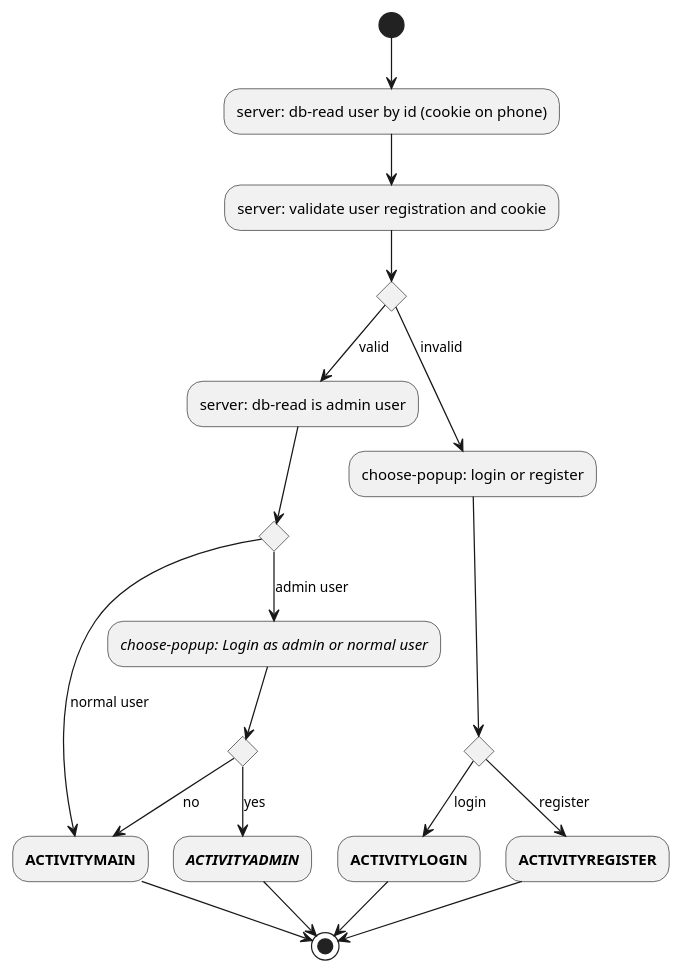
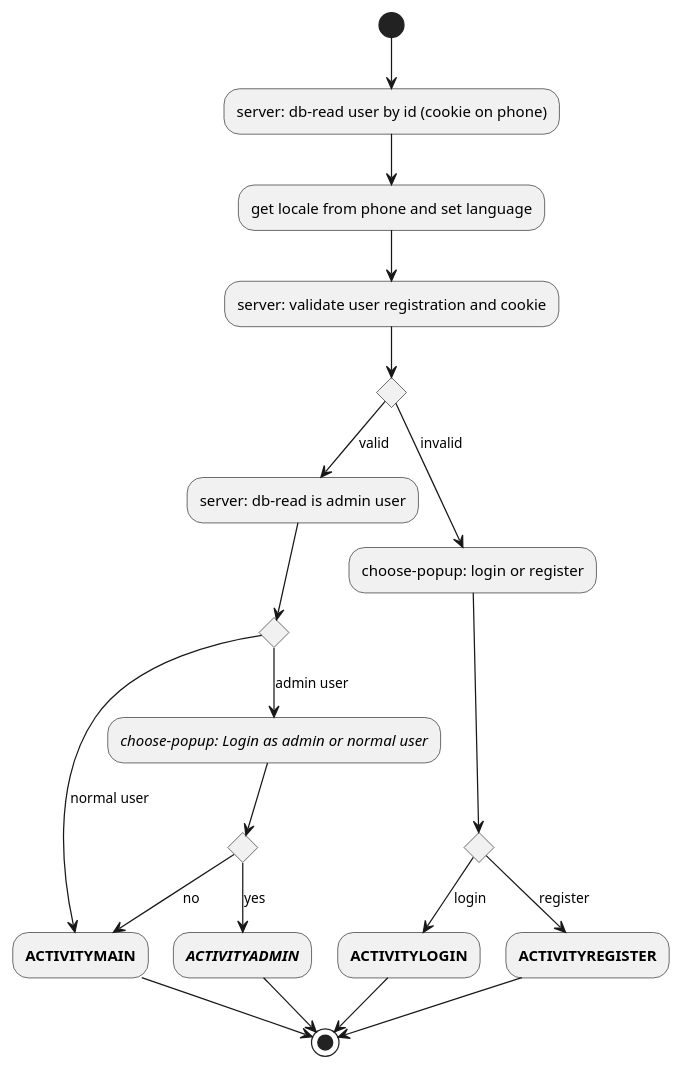
The diagram in docs/architecture/diagrams_code/ACTIVITYSTARTUP.puml (0K5/campusfinder), drawn with PlantUML before and after one commit. The commit also changed 32 other files, not shown here.

Commit message:
All activity diagrams added

```diff
--- a/docs/architecture/diagrams_code/ACTIVITYSTARTUP.puml
+++ b/docs/architecture/diagrams_code/ACTIVITYSTARTUP.puml
@@ -1,28 +1,29 @@
 @startuml
 (*) --> "server: db-read user by id (cookie on phone)"
+--> "get locale from phone and set language"
 --> "server: validate user registration and cookie"
 if "" then
     --> [valid] "server: db-read is admin user"
     if "" then
         --> [normal user] "**ACTIVITYMAIN**"
         --> (*)
     else
         --> [admin user] "//choose-popup: Login as admin or normal user//"
         if "" then
             --> [yes] "//**ACTIVITYADMIN**//"
             --> (*)
         else
             --> [no] "**ACTIVITYMAIN**"
         Endif
     Endif
 else
     --> [invalid] "choose-popup: login or register"
     If "" then
         --> [login] "**ACTIVITYLOGIN**"
         --> (*)
     else
         --> [register] "**ACTIVITYREGISTER**"
         --> (*)
     Endif
 Endif
 @enduml
```
